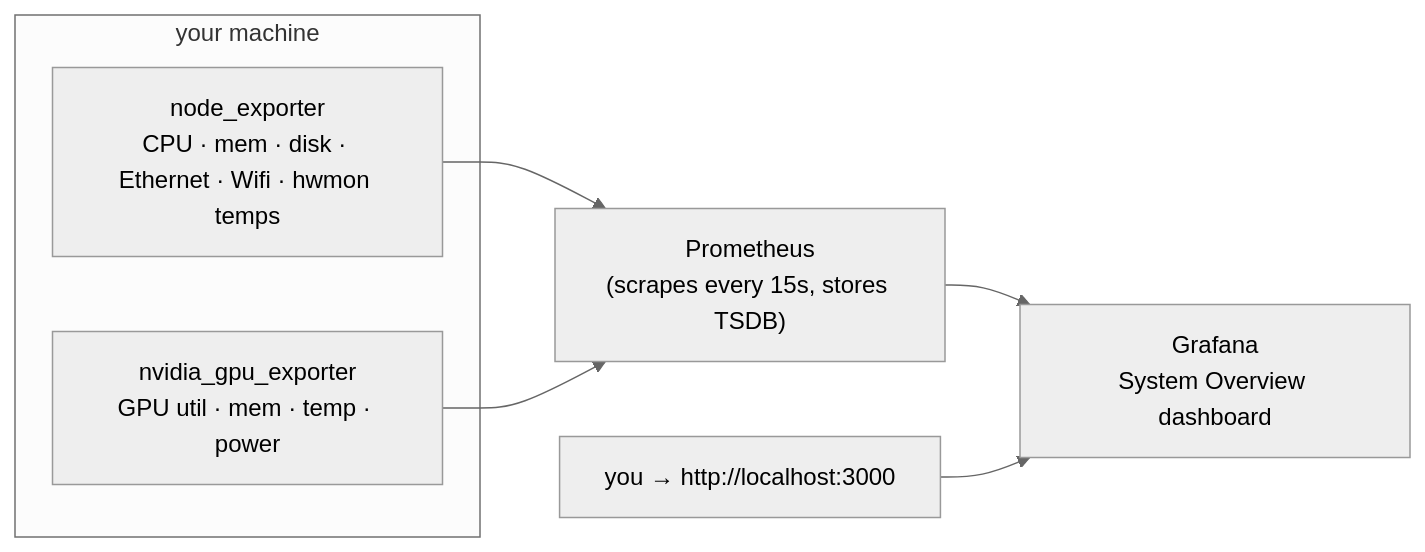
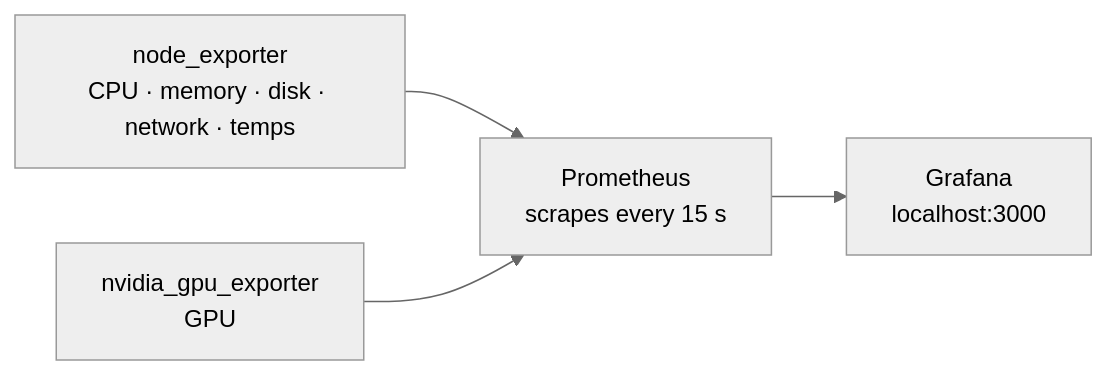
Before and after one commit to lesysbot/lesysbot: the diagram in dashboard/README.md, drawn with Mermaid (neutral theme). The commit also changed other lines of this file and 38 other files, not shown here.

````diff
--- a/dashboard/README.md
+++ b/dashboard/README.md
@@ -22,13 +10,6 @@
 ```mermaid
 flowchart LR
-    subgraph host["your machine"]
-      ne["node_exporter<br>CPU · mem · disk · Ethernet · Wifi · hwmon temps"]
-      gpu["nvidia_gpu_exporter<br>GPU util · mem · temp · power"]
-    end
-    prom["Prometheus<br>(scrapes every 15s, stores TSDB)"]
-    graf["Grafana<br>System Overview dashboard"]
-    ne --> prom
-    gpu --> prom
-    prom --> graf
-    you["you → http://localhost:3000"] --> graf
+    ne["node_exporter<br>CPU · memory · disk · network · temps"] --> prom
+    gpu["nvidia_gpu_exporter<br>GPU"] --> prom
+    prom["Prometheus<br>scrapes every 15 s"] --> graf["Grafana<br>localhost:3000"]
 ```
````
